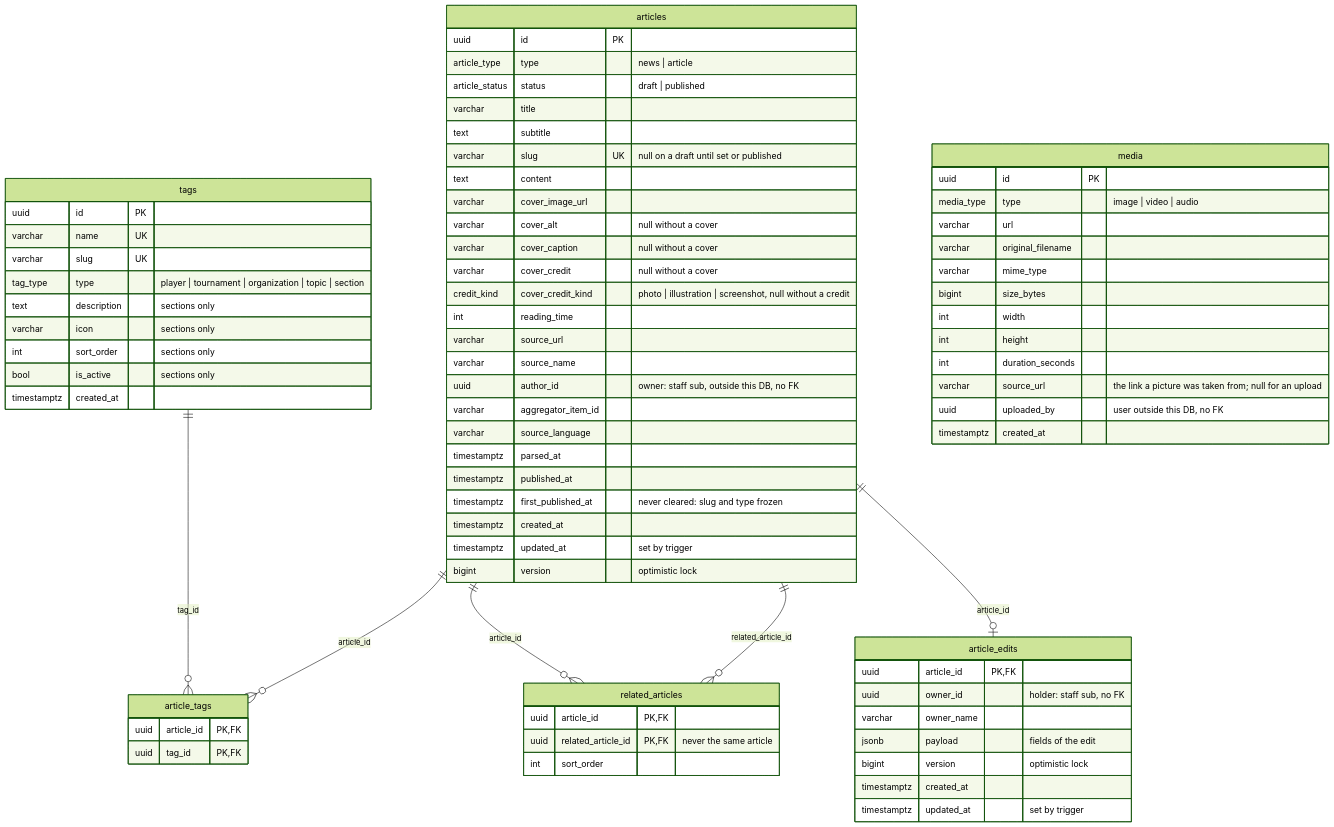
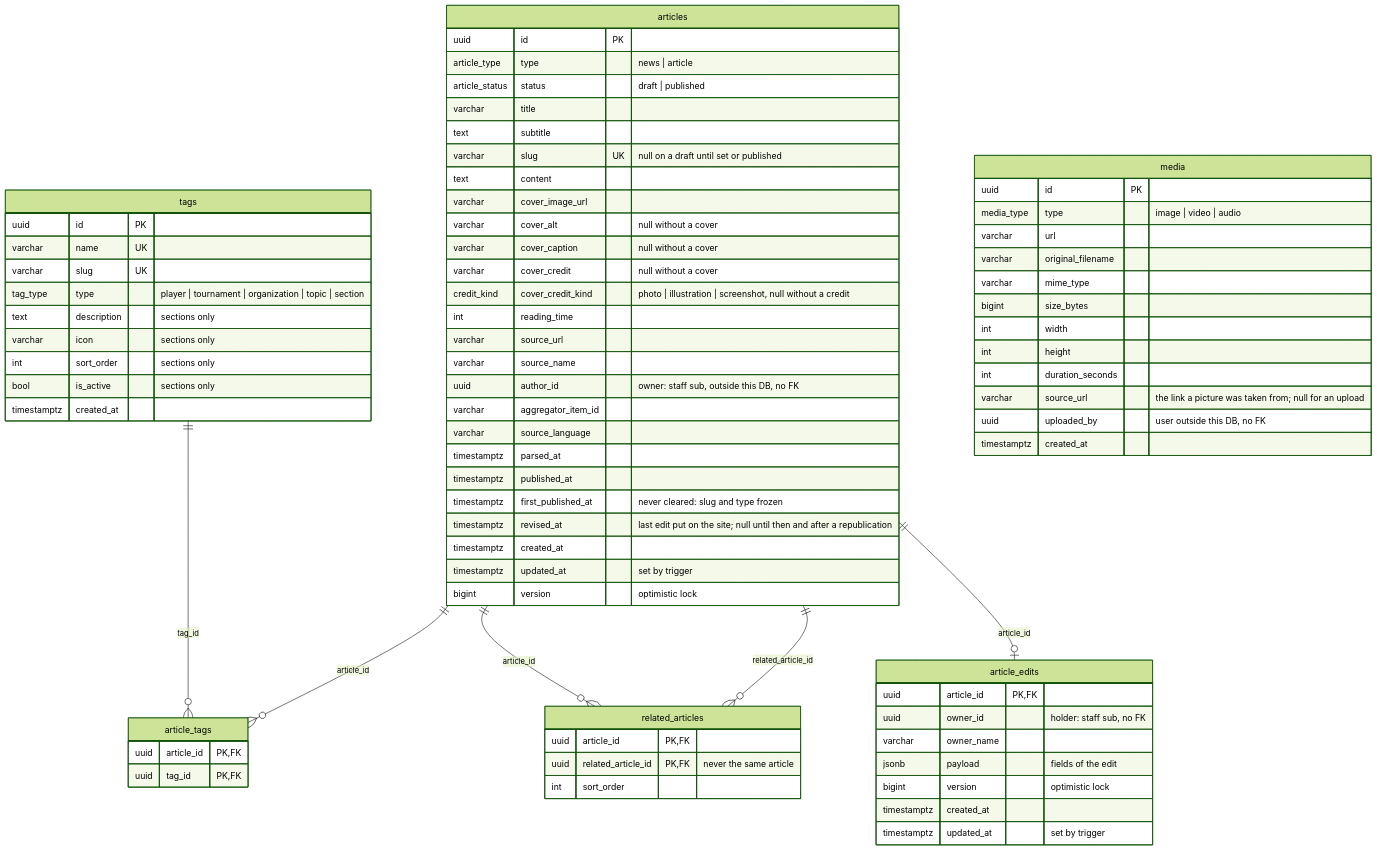
One commit to tennis-wire/tennis-wire changed the diagram in architecture/er/content-db.md. Above: the diagram before and after it, drawn with Mermaid (forest theme). The commit also changed 1 other file, not shown here.

Commit message:
docs: revision time, sitemap list, video preview later

```diff
--- a/architecture/er/content-db.md
+++ b/architecture/er/content-db.md
@@ -32,6 +32,7 @@
         timestamptz parsed_at
         timestamptz published_at
         timestamptz first_published_at "never cleared: slug and type frozen"
+        timestamptz revised_at "last edit put on the site; null until then and after a republication"
         timestamptz created_at
         timestamptz updated_at "set by trigger"
         bigint version "optimistic lock"
```
